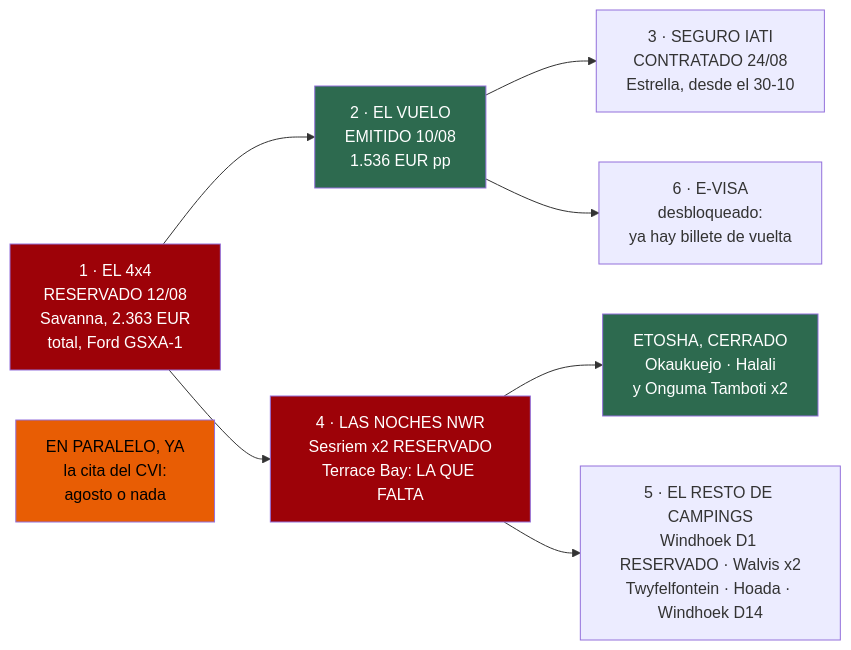
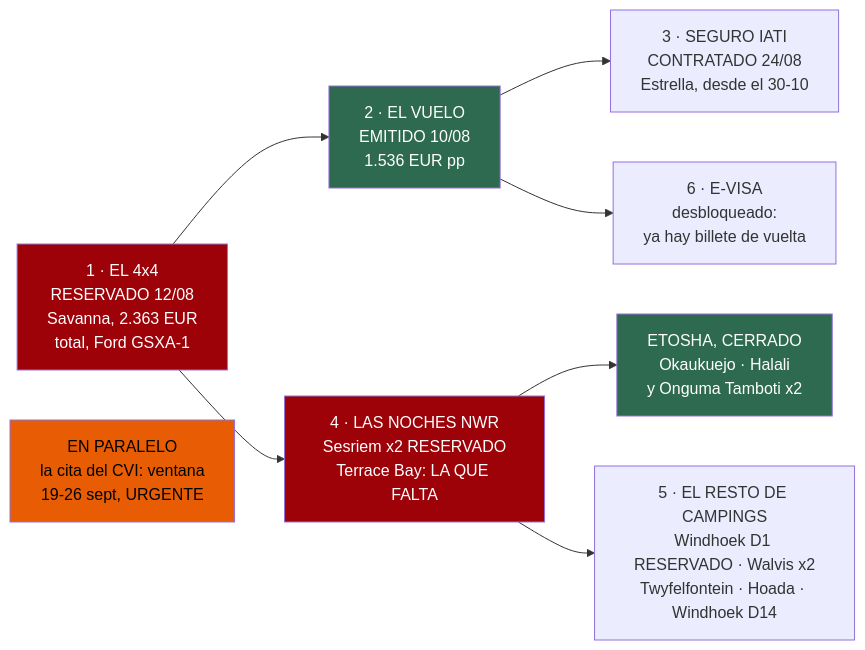
Before and after one commit to morandeirachema/namibia: the diagram in 20-reservas.md, drawn with Mermaid. The commit also changed other lines of this file and 17 other files, not shown here.

````diff
--- a/20-reservas.md
+++ b/20-reservas.md
@@ -37,16 +41,16 @@
 ```mermaid
 flowchart LR
 %% ancho
     C["1 · EL 4x4<br/>RESERVADO 12/08<br/>Savanna, 2.363 EUR<br/>total, Ford GSXA-1"] --> V["2 · EL VUELO<br/>EMITIDO 10/08<br/>1.536 EUR pp"]
     V --> S["3 · SEGURO IATI<br/>CONTRATADO 24/08<br/>Estrella, desde el 30-10"]
     V --> E["6 · E-VISA<br/>desbloqueado:<br/>ya hay billete de vuelta"]
     C --> N["4 · LAS NOCHES NWR<br/>Sesriem x2 RESERVADO<br/>Terrace Bay: LA QUE FALTA"]
     N --> Y["ETOSHA, CERRADO<br/>Okaukuejo · Halali<br/>y Onguma Tamboti x2"]
     N --> R["5 · EL RESTO DE CAMPINGS<br/>Windhoek D1 RESERVADO · Walvis x2<br/>Twyfelfontein · Hoada · Windhoek D14"]
-    P["EN PARALELO, YA<br/>la cita del CVI:<br/>agosto o nada"]
+    P["EN PARALELO<br/>la cita del CVI: ventana<br/>19-26 sept, URGENTE"]
     style C fill:#9d0208,color:#fff
     style V fill:#2d6a4f,color:#fff
     style N fill:#9d0208,color:#fff
     style Y fill:#2d6a4f,color:#fff
     style P fill:#e85d04,color:#000
 ```
````
